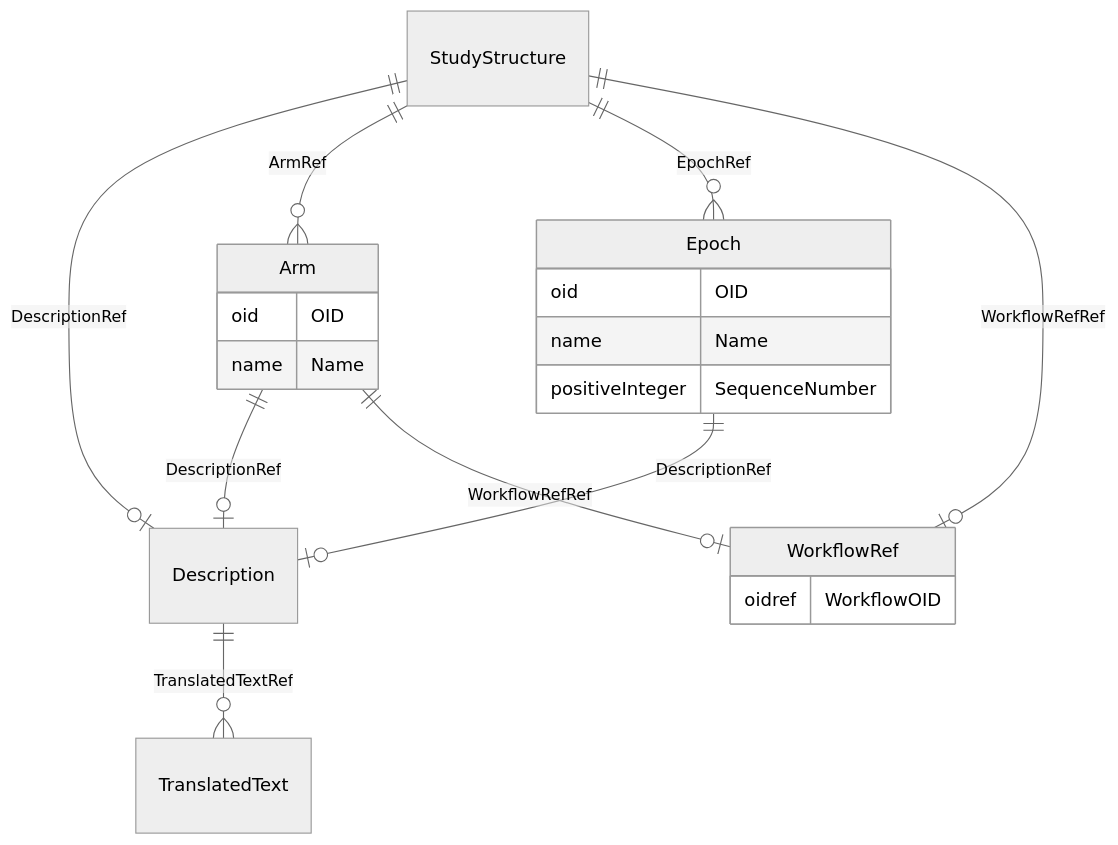
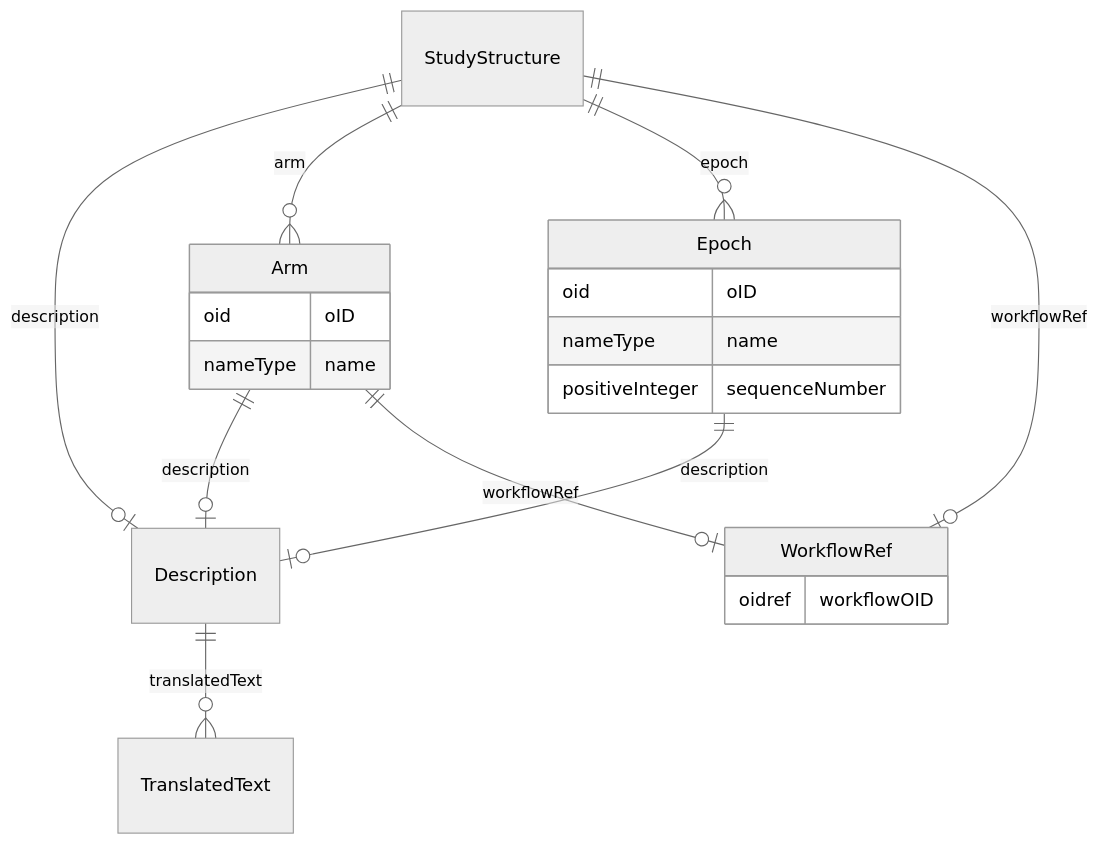
Before and after one commit to cdisc-org/DataExchange-ODM-LinkML: the diagram in docs/StudyStructure.md, drawn with Mermaid (neutral theme). The commit also changed other lines of this file and 759 other files, not shown here.

````diff
--- a/docs/StudyStructure.md
+++ b/docs/StudyStructure.md
@@ -11,31 +11,31 @@
 ```mermaid
 erDiagram
 StudyStructure {
 
 }
 WorkflowRef {
-    oidref WorkflowOID  
+    oidref workflowOID  
 }
 Epoch {
-    oid OID  
-    name Name  
-    positiveInteger SequenceNumber  
+    oid oID  
+    nameType name  
+    positiveInteger sequenceNumber  
 }
 Description {
 
 }
 Arm {
-    oid OID  
-    name Name  
+    oid oID  
+    nameType name  
 }
 
-StudyStructure ||--|o Description : "DescriptionRef"
-StudyStructure ||--}o Arm : "ArmRef"
-StudyStructure ||--}o Epoch : "EpochRef"
-StudyStructure ||--|o WorkflowRef : "WorkflowRefRef"
-Epoch ||--|o Description : "DescriptionRef"
-Description ||--}o TranslatedText : "TranslatedTextRef"
-Arm ||--|o Description : "DescriptionRef"
-Arm ||--|o WorkflowRef : "WorkflowRefRef"
+StudyStructure ||--|o Description : "description"
+StudyStructure ||--}o Arm : "arm"
+StudyStructure ||--}o Epoch : "epoch"
+StudyStructure ||--|o WorkflowRef : "workflowRef"
+Epoch ||--|o Description : "description"
+Description ||--}o TranslatedText : "translatedText"
+Arm ||--|o Description : "description"
+Arm ||--|o WorkflowRef : "workflowRef"
 
 ```
````
